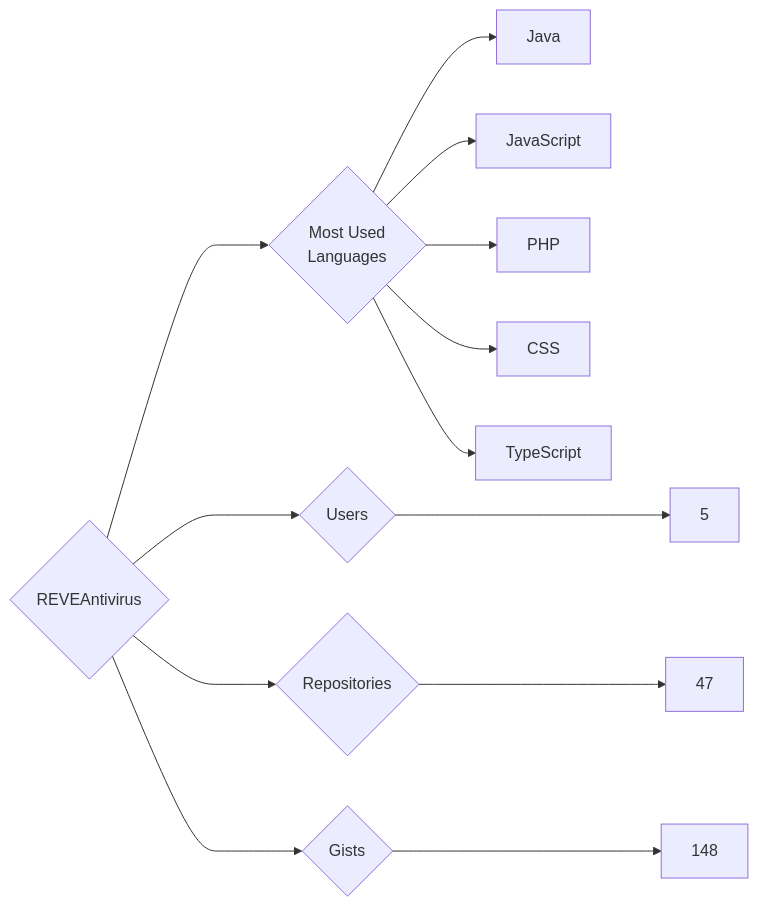
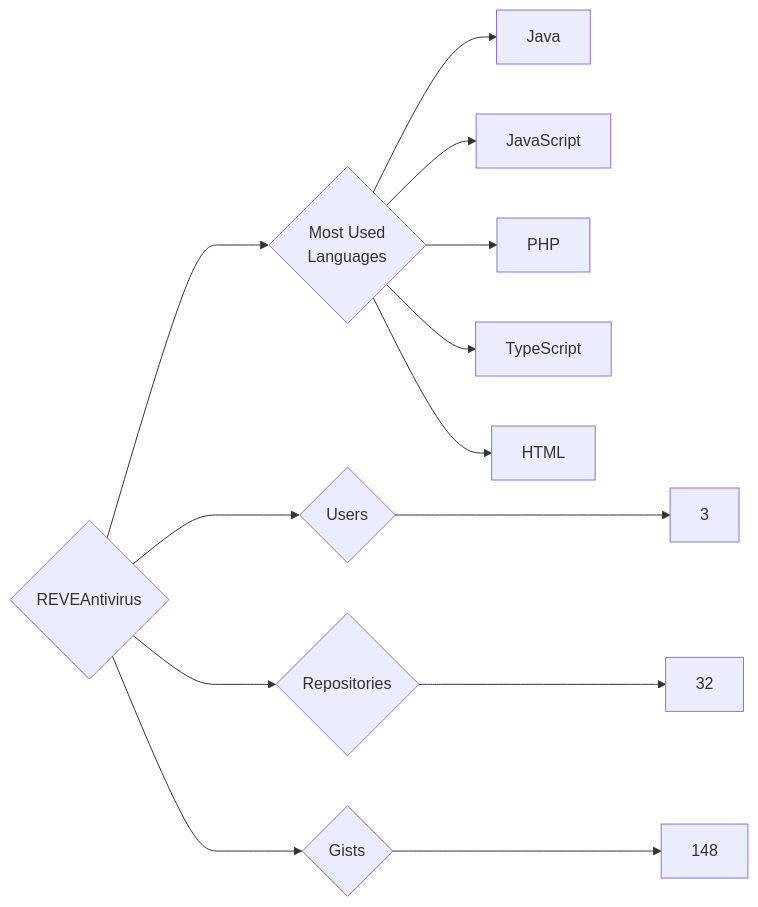
One commit to trickest/insiders changed the diagram in targets/REVEAntivirus/README.md. Above: the diagram before and after it, drawn with Mermaid. The commit also changed 1389 other files, not shown here.

````diff
--- a/targets/REVEAntivirus/README.md
+++ b/targets/REVEAntivirus/README.md
@@ -3,13 +3,13 @@
 ```mermaid
 graph LR
 COMPANY_NAME{REVEAntivirus}
-COMPANY_NAME ---> U{Users} ---> UN[5]
-COMPANY_NAME ---> R{Repositories} ---> RN[47]
+COMPANY_NAME ---> U{Users} ---> UN[3]
+COMPANY_NAME ---> R{Repositories} ---> RN[32]
 COMPANY_NAME ---> G{Gists} ---> GN[148]
 COMPANY_NAME ---> ML{Most Used<br>Languages}
 ML --> Java[Java]
 ML --> JavaScript[JavaScript]
 ML --> PHP[PHP]
-ML --> CSS[CSS]
 ML --> TypeScript[TypeScript]
+ML --> HTML[HTML]
 ```
````
